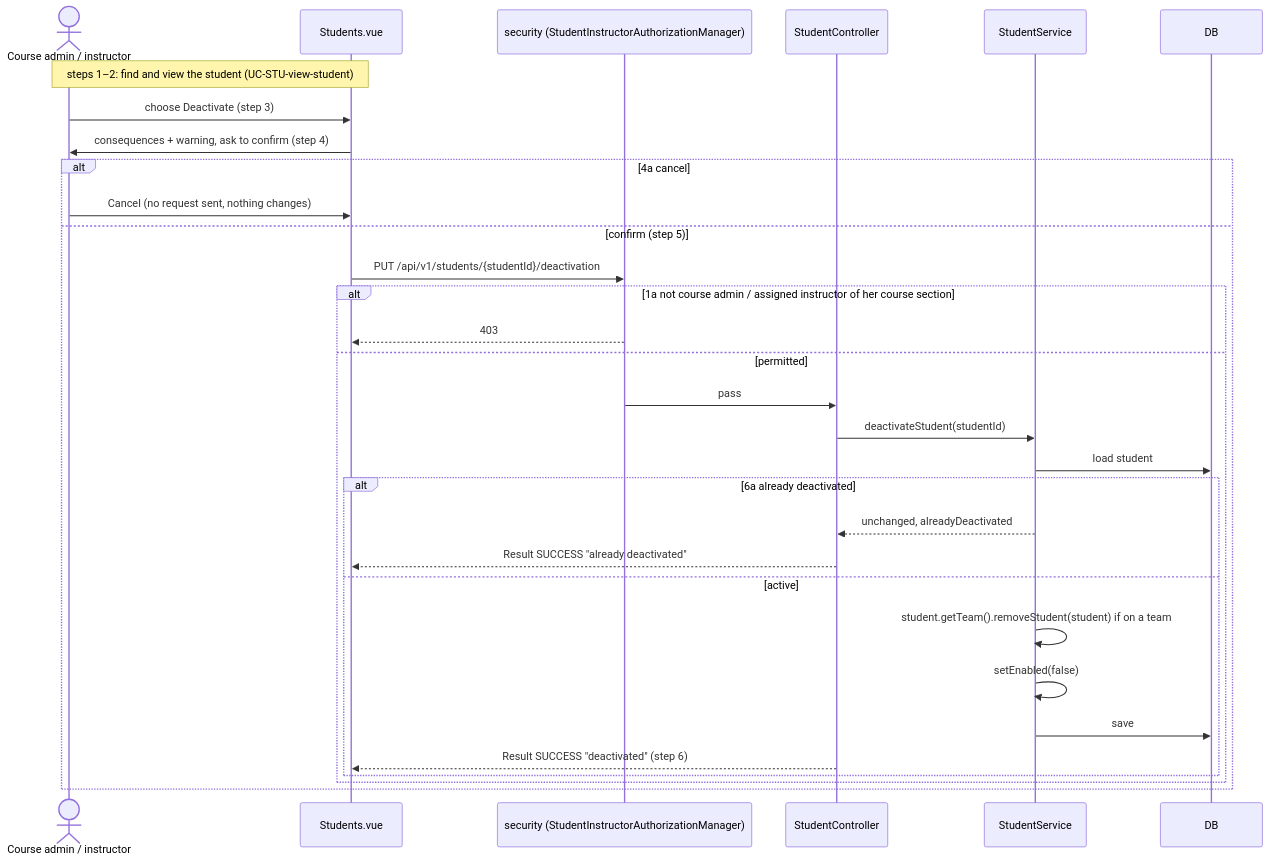
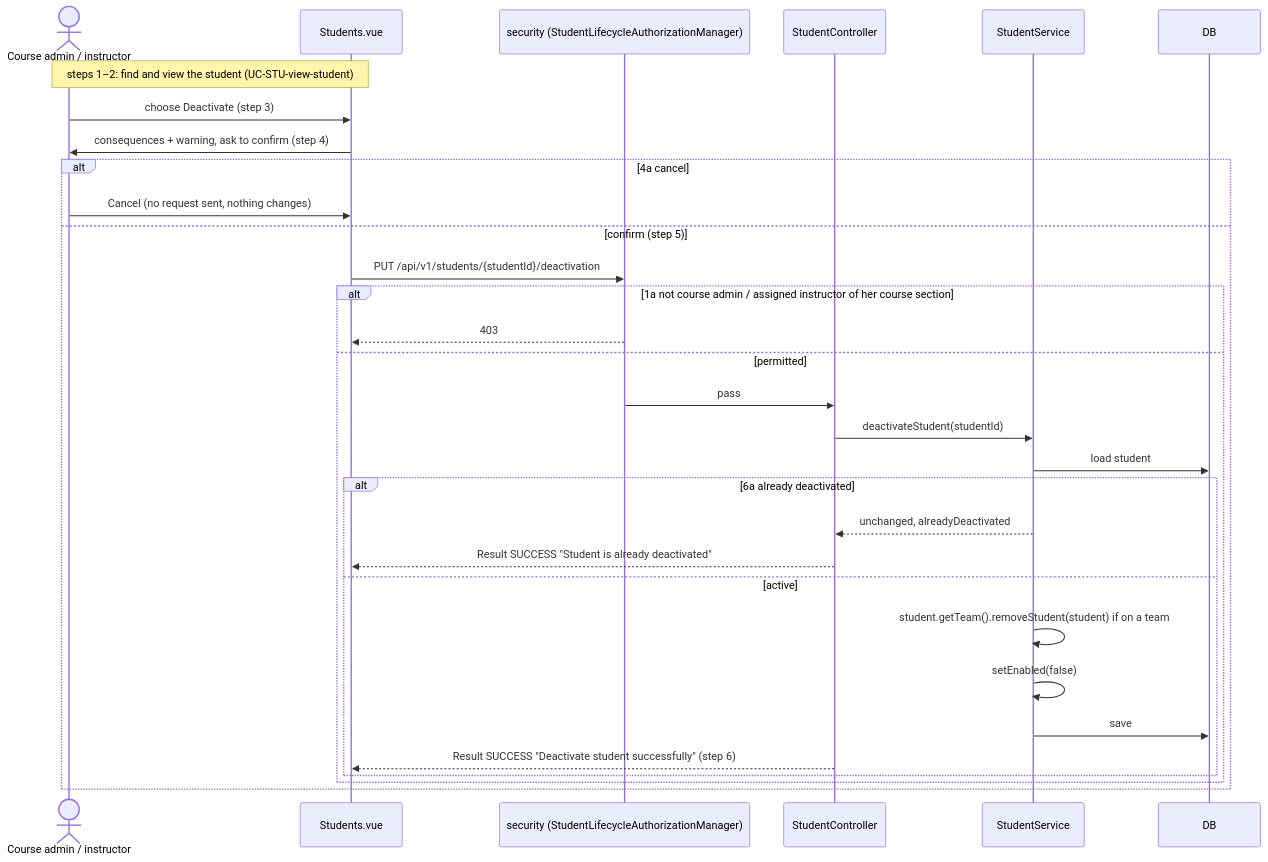
One commit to Mameo007/add-a-use-case changed the second of 4 diagrams in docs/design/stu.md. Above: the diagram before and after it, drawn with Mermaid. The commit also changed other lines of this file, not shown here.

````diff
--- a/docs/design/stu.md
+++ b/docs/design/stu.md
@@ -79,33 +92,33 @@
 ```mermaid
 sequenceDiagram
     actor I as Course admin / instructor
     participant SPA as Students.vue
-    participant SEC as security (StudentInstructorAuthorizationManager)
+    participant SEC as security (StudentLifecycleAuthorizationManager)
     participant C as StudentController
     participant S as StudentService
     participant DB
     Note over I,SPA: steps 1–2: find and view the student (UC-STU-view-student)
     I->>SPA: choose Deactivate (step 3)
     SPA->>I: consequences + warning, ask to confirm (step 4)
     alt 4a cancel
         I->>SPA: Cancel (no request sent, nothing changes)
     else confirm (step 5)
         SPA->>SEC: PUT /api/v1/students/{studentId}/deactivation
         alt 1a not course admin / assigned instructor of her course section
             SEC-->>SPA: 403
         else permitted
             SEC->>C: pass
             C->>S: deactivateStudent(studentId)
             S->>DB: load student
             alt 6a already deactivated
                 S-->>C: unchanged, alreadyDeactivated
-                C-->>SPA: Result SUCCESS "already deactivated"
+                C-->>SPA: Result SUCCESS "Student is already deactivated"
             else active
                 S->>S: student.getTeam().removeStudent(student) if on a team
                 S->>S: setEnabled(false)
                 S->>DB: save
-                C-->>SPA: Result SUCCESS "deactivated" (step 6)
+                C-->>SPA: Result SUCCESS "Deactivate student successfully" (step 6)
             end
         end
     end
 ```
````
